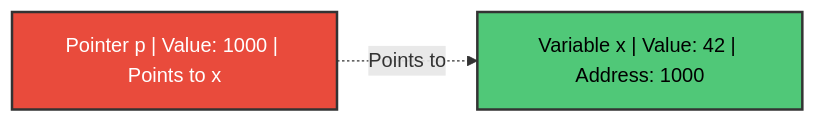
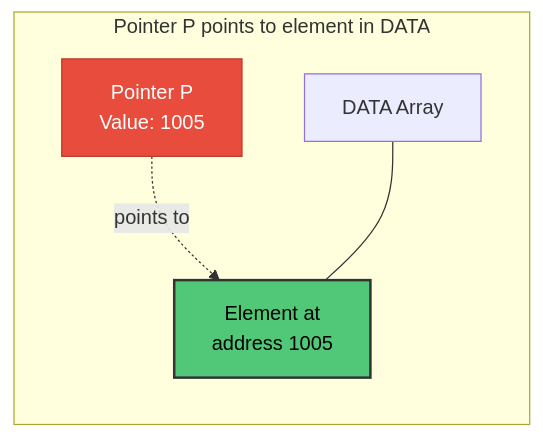
Before and after one commit to M-F-Tushar/CSE-2101-Data-Structure: diagram 31 of 39 in Chapter 4 - Arrays, Records and Pointers/README.md, drawn with Mermaid. The commit also changed other lines of this file, not shown here.

````diff
--- a/Chapter 4 - Arrays, Records and Pointers/README.md
+++ b/Chapter 4 - Arrays, Records and Pointers/README.md
@@ -1464,10 +1054,14 @@
 ```mermaid
 graph LR
-    A["Variable x | Value: 42 | Address: 1000"] 
-    B["Pointer p | Value: 1000 | Points to x"]
+    subgraph "Pointer P points to element in DATA"
+        P["Pointer P<br/>Value: 1005"]
+        D["DATA Array"]
+        E["Element at<br/>address 1005"]
+    end
     
-    B -.->|"Points to"| A
+    P -.->|"points to"| E
+    D --- E
     
-    style A fill:#50C878,stroke:#333,stroke-width:2px,color:#000
-    style B fill:#E94B3C,stroke:#333,stroke-width:2px,color:#fff
+    style P fill:#e74c3c,stroke:#c0392b,color:#fff
+    style E fill:#50C878,stroke:#333,stroke-width:2px,color:#000
 ```
````
